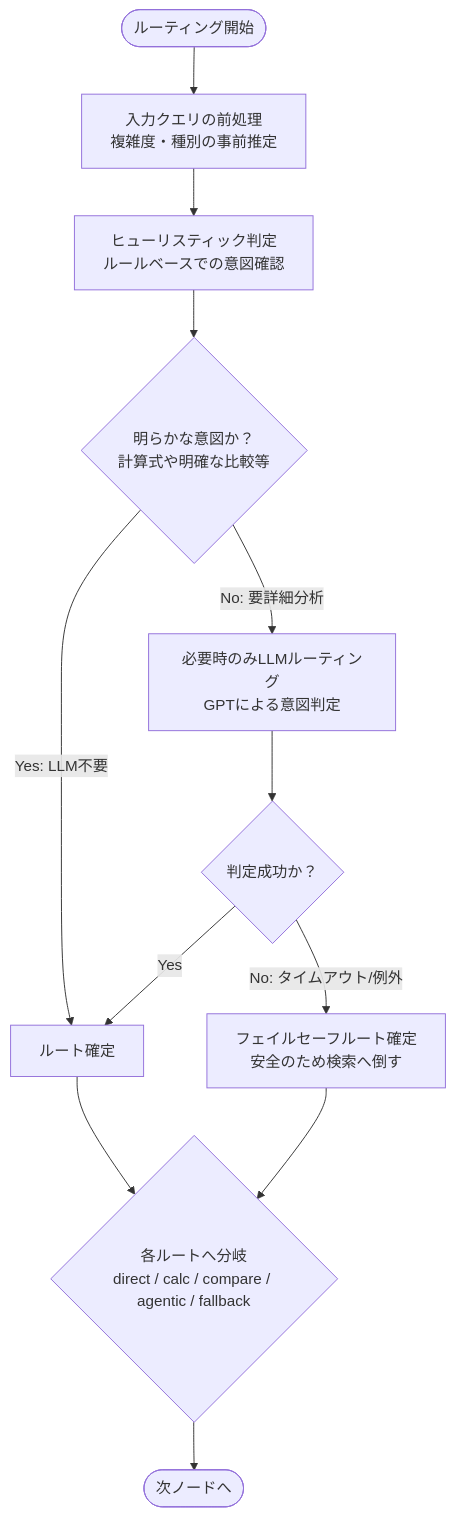
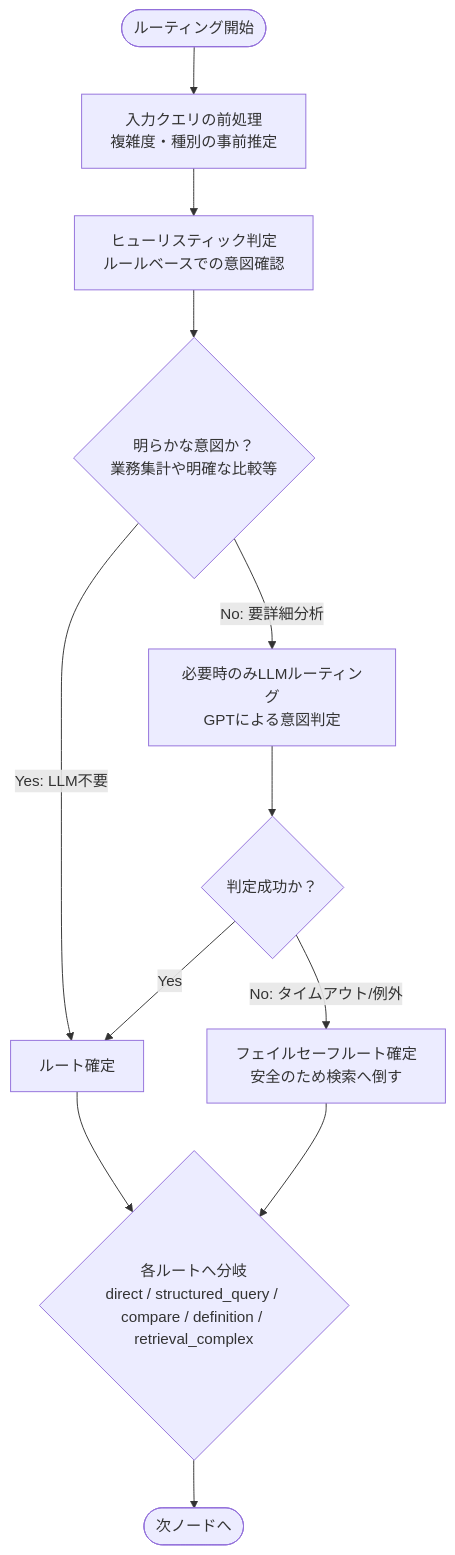
Before and after one commit to mlprototype/ai-agent-rag: the diagram in docs/diagrams/routing_details.md, drawn with Mermaid. The commit also changed 26 other files, not shown here.

````diff
--- a/docs/diagrams/routing_details.md
+++ b/docs/diagrams/routing_details.md
@@ -5,19 +5,19 @@
 ```mermaid
 flowchart TD
     Start([ルーティング開始]) --> Preprocess[入力クエリの前処理<br/>複雑度・種別の事前推定]
     Preprocess --> Heuristic[ヒューリスティック判定<br/>ルールベースでの意図確認]
     
-    Heuristic --> H_Check{明らかな意図か？<br/>計算式や明確な比較等}
+    Heuristic --> H_Check{明らかな意図か？<br/>業務集計や明確な比較等}
     H_Check -->|Yes: LLM不要| RouteConfirm[ルート確定]
     
     H_Check -->|No: 要詳細分析| LLMRouter[必要時のみLLMルーティング<br/>GPTによる意図判定]
     LLMRouter --> L_Check{判定成功か？}
     
     L_Check -->|Yes| RouteConfirm
     L_Check -->|No: タイムアウト/例外| FallbackRoute[フェイルセーフルート確定<br/>安全のため検索へ倒す]
     
     RouteConfirm --> Dispatch
     FallbackRoute --> Dispatch
     
-    Dispatch{各ルートへ分岐<br/>direct / calc / compare / agentic / fallback} --> End([次ノードへ])
+    Dispatch{各ルートへ分岐<br/>direct / structured_query / compare / definition / retrieval_complex} --> End([次ノードへ])
 ```
````
